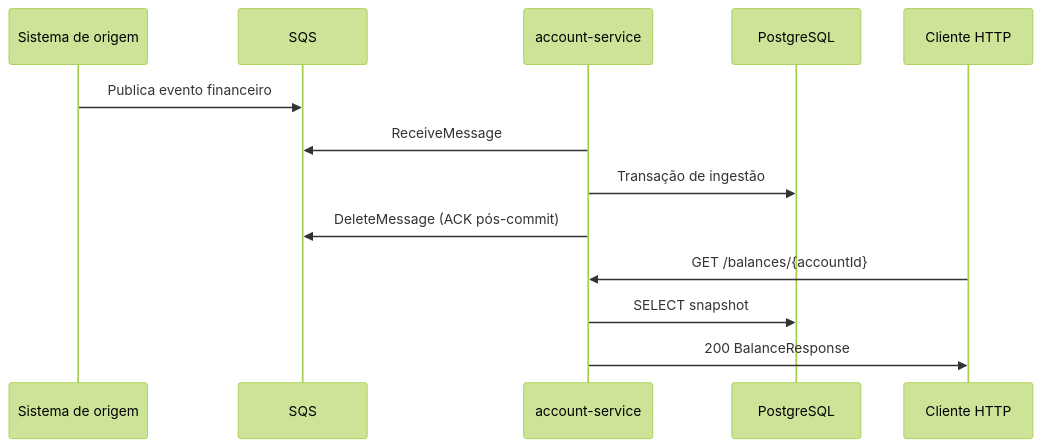
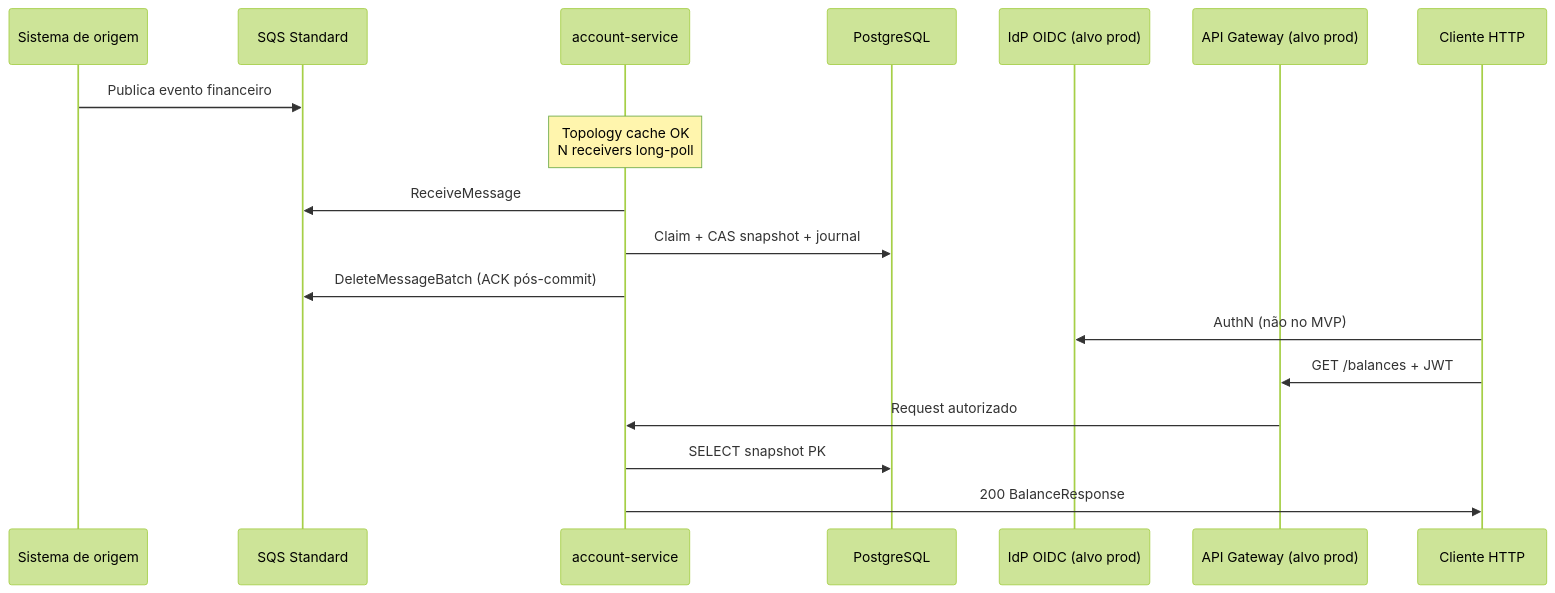
The first of 8 diagrams in docs/fluxos-principais.md (lordssa/banking-account-balance-service), drawn with Mermaid (forest theme) before and after one commit. The commit also changed other lines of this file and 85 other files, not shown here.

````diff
--- a/docs/fluxos-principais.md
+++ b/docs/fluxos-principais.md
@@ -9,16 +11,21 @@
 ```mermaid
 sequenceDiagram
   participant Origem as Sistema de origem
-  participant SQS as SQS
+  participant SQS as SQS Standard
   participant App as account-service
   participant PG as PostgreSQL
+  participant IdP as IdP OIDC (alvo prod)
+  participant GW as API Gateway (alvo prod)
   participant Cliente as Cliente HTTP
 
   Origem->>SQS: Publica evento financeiro
+  Note over App: Topology cache OK<br/>N receivers long-poll
   App->>SQS: ReceiveMessage
-  App->>PG: Transação de ingestão
-  App->>SQS: DeleteMessage (ACK pós-commit)
-  Cliente->>App: GET /balances/{accountId}
-  App->>PG: SELECT snapshot
+  App->>PG: Claim + CAS snapshot + journal
+  App->>SQS: DeleteMessageBatch (ACK pós-commit)
+  Cliente->>IdP: AuthN (não no MVP)
+  Cliente->>GW: GET /balances + JWT
+  GW->>App: Request autorizado
+  App->>PG: SELECT snapshot PK
   App->>Cliente: 200 BalanceResponse
 ```
````
